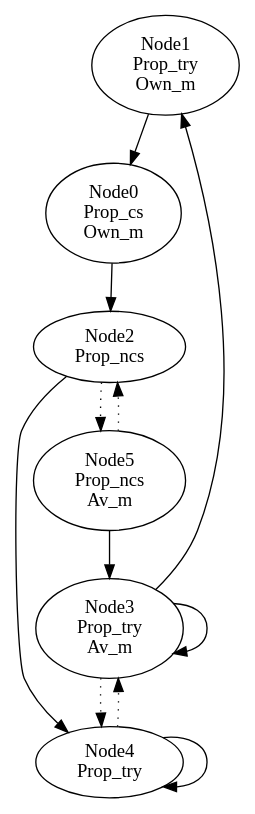
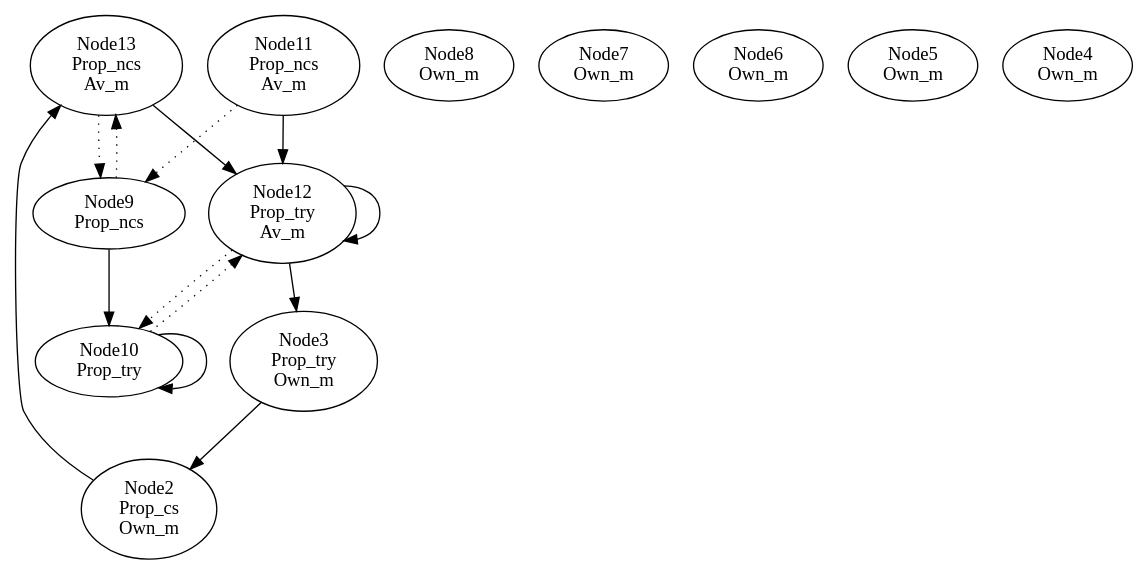
The diagram in output/laxp1.dot (cl-unrc-lab/PhilStone), drawn with Graphviz before and after one commit. The commit also changed 17 other files, not shown here.

```diff
--- a/output/laxp1.dot
+++ b/output/laxp1.dot
@@ -1,19 +1,27 @@
 digraph G{
-Node1->Node0;
-Node1 [label = "Node1\nProp_try\nOwn_m"];
-Node0->Node2;
-Node0 [label = "Node0\nProp_cs\nOwn_m"];
-Node5->Node3;
-Node5->Node2[style=dotted];
-Node5 [label = "Node5\nProp_ncs\nAv_m"];
-Node4->Node4;
-Node4->Node3[style=dotted];
-Node4 [label = "Node4\nProp_try"];
-Node3->Node3;
-Node3->Node1;
-Node3->Node4[style=dotted];
-Node3 [label = "Node3\nProp_try\nAv_m"];
-Node2->Node4;
-Node2->Node5[style=dotted];
-Node2 [label = "Node2\nProp_ncs"];
+Node13->Node12;
+Node13->Node9[style=dotted];
+Node13 [label = "Node13\nProp_ncs\nAv_m"];
+Node10->Node10;
+Node10->Node12[style=dotted];
+Node10 [label = "Node10\nProp_try"];
+Node12->Node12;
+Node12->Node3;
+Node12->Node10[style=dotted];
+Node12 [label = "Node12\nProp_try\nAv_m"];
+Node11->Node12;
+Node11->Node9[style=dotted];
+Node11 [label = "Node11\nProp_ncs\nAv_m"];
+Node9->Node10;
+Node9->Node13[style=dotted];
+Node9 [label = "Node9\nProp_ncs"];
+Node8 [label = "Node8\nOwn_m"];
+Node7 [label = "Node7\nOwn_m"];
+Node6 [label = "Node6\nOwn_m"];
+Node5 [label = "Node5\nOwn_m"];
+Node4 [label = "Node4\nOwn_m"];
+Node3->Node2;
+Node3 [label = "Node3\nProp_try\nOwn_m"];
+Node2->Node13;
+Node2 [label = "Node2\nProp_cs\nOwn_m"];
 }
```
